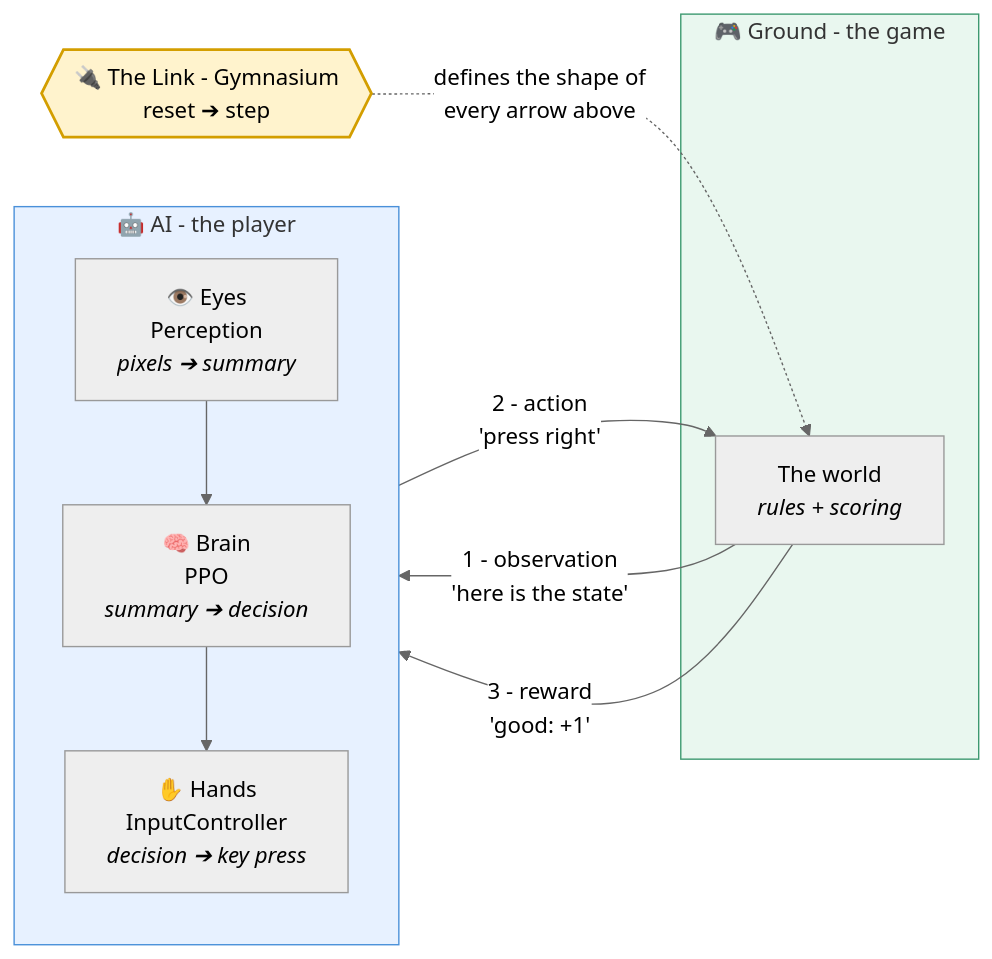
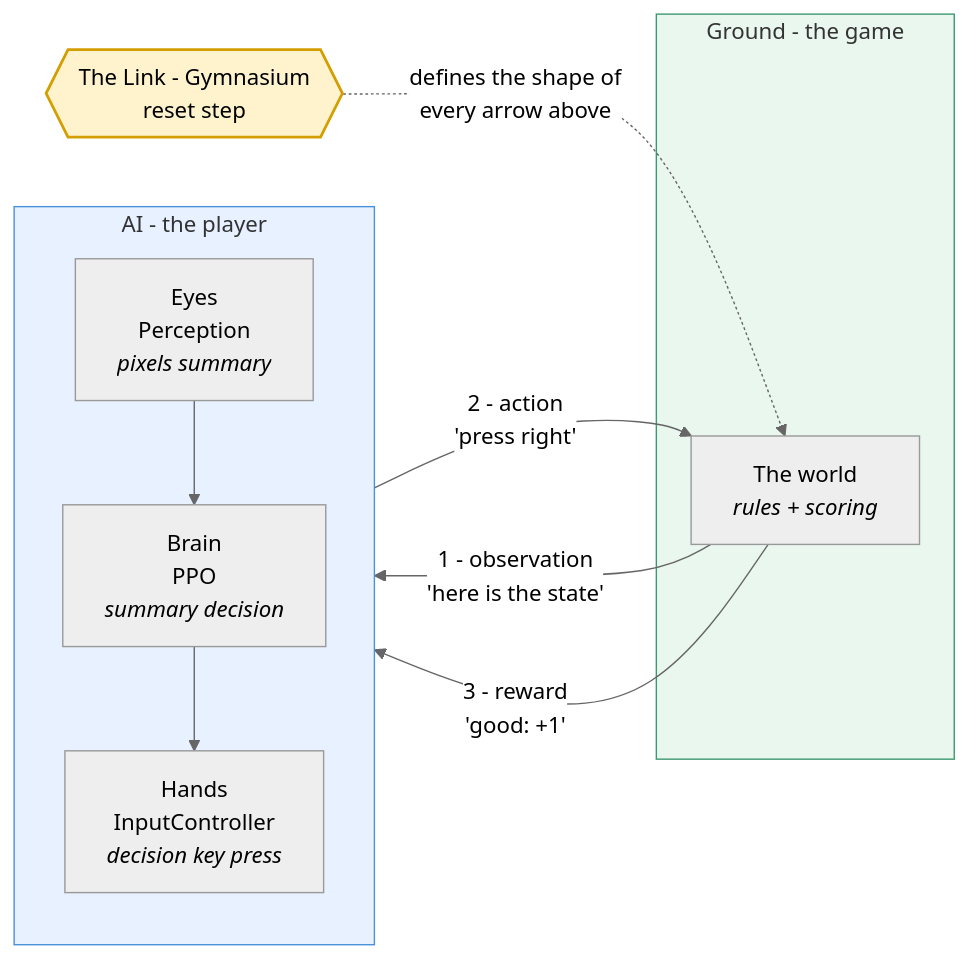
Before and after one commit to Showerss/GameTrainer: the first of 14 diagrams in docs/UML_FULL.md, drawn with Mermaid (neutral theme). The commit also changed other lines of this file and 36 other files, not shown here.

First line of the commit message:
R1 docs rewrite, UML truth pass, MIT license

````diff
--- a/docs/UML_FULL.md
+++ b/docs/UML_FULL.md
@@ -44,25 +44,25 @@
 ```mermaid
 flowchart LR
-    subgraph AI["🤖 AI - the player"]
+    subgraph AI["AI - the player"]
         direction TB
-        EYES["👁️ Eyes<br/>Perception<br/><i>pixels ➔ summary</i>"]
-        BRAIN["🧠 Brain<br/>PPO<br/><i>summary ➔ decision</i>"]
-        HANDS["✋ Hands<br/>InputController<br/><i>decision ➔ key press</i>"]
+        EYES["Eyes<br/>Perception<br/><i>pixels  summary</i>"]
+        BRAIN["Brain<br/>PPO<br/><i>summary  decision</i>"]
+        HANDS["Hands<br/>InputController<br/><i>decision  key press</i>"]
         EYES --> BRAIN --> HANDS
     end
 
-    subgraph GROUND["🎮 Ground - the game"]
+    subgraph GROUND["Ground - the game"]
         GAME["The world<br/><i>rules + scoring</i>"]
     end
 
     GAME -- "1 - observation<br/>'here is the state'" --> EYES
     HANDS -- "2 - action<br/>'press right'" --> GAME
     GAME -- "3 - reward<br/>'good: +1'" --> BRAIN
 
-    LINK{{"🔌 The Link - Gymnasium<br/>reset ➔ step"}}
+    LINK{{"The Link - Gymnasium<br/>reset  step"}}
     LINK -.->|"defines the shape of<br/>every arrow above"| GAME
 
     style LINK fill:#fff3cd,stroke:#d39e00,stroke-width:2px
     style AI fill:#e7f1ff,stroke:#4a90d9
     style GROUND fill:#e9f7ef,stroke:#3d9970
 ```
````
